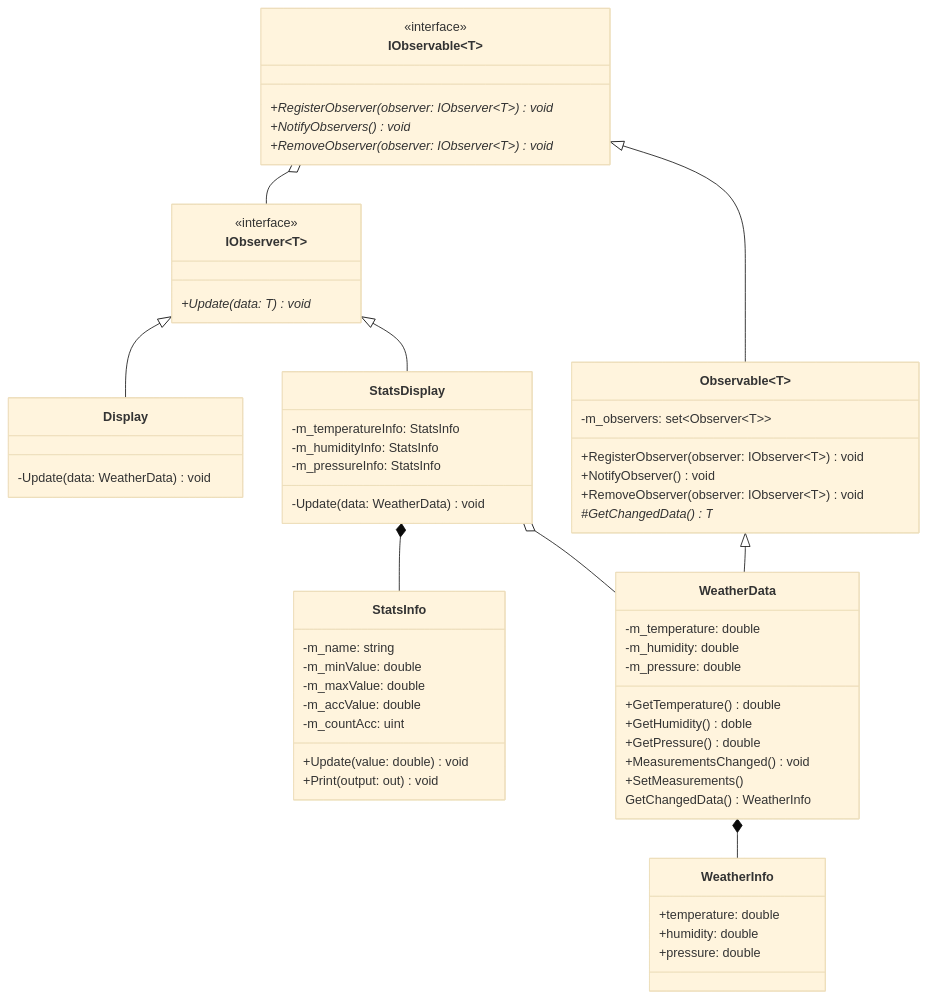
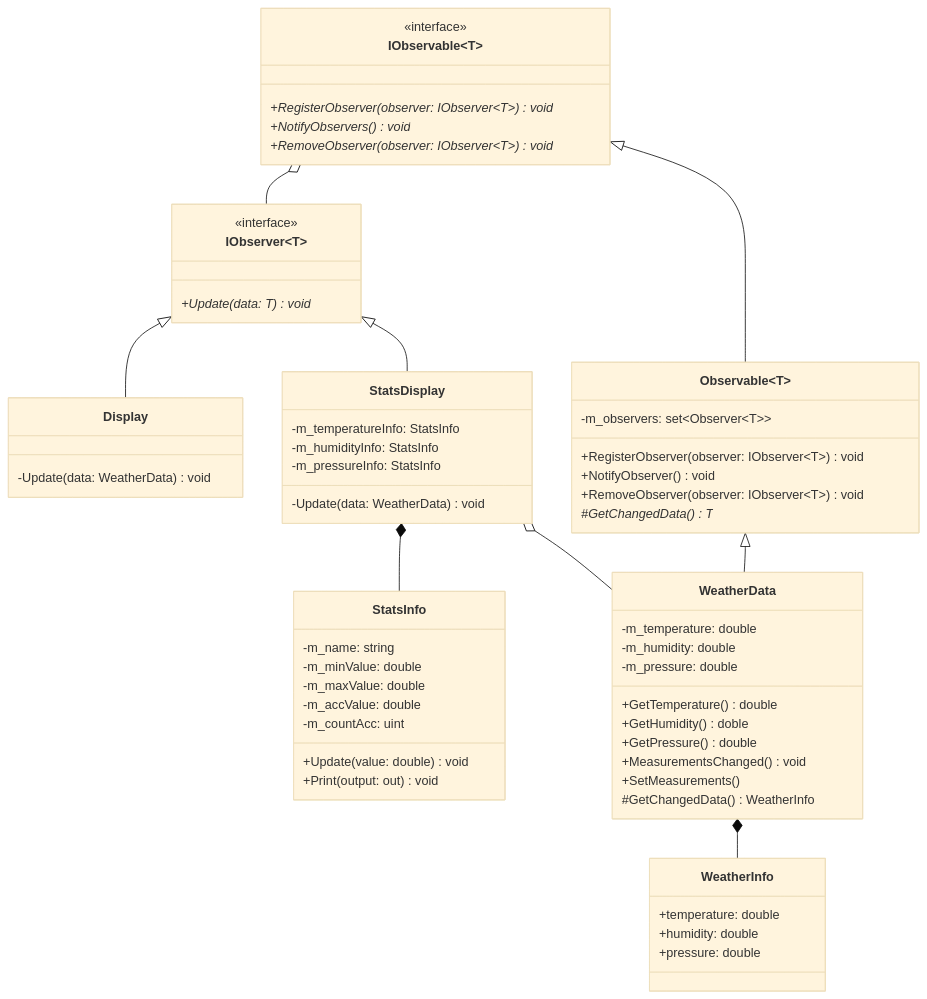
Before and after one commit to alozhka/ood: the diagram in lw2/WeatherStation/diagram.md, drawn with Mermaid (base theme). The commit also changed 3 other files, not shown here.

````diff
--- a/lw2/WeatherStation/diagram.md
+++ b/lw2/WeatherStation/diagram.md
@@ -3,63 +3,63 @@
 ```mermaid
 classDiagram
     class IObserver~T~ {
         <<interface>>
         +Update(data: T) void*
     }
     class IObservable~T~ {
         <<interface>>
         +RegisterObserver(observer: IObserver~T~) void*
         +NotifyObservers() void*
         +RemoveObserver(observer: IObserver~T~) void*
     }
     class Observable~T~ {
         -m_observers: set~Observer~T~~
         +RegisterObserver(observer: IObserver~T~) void
         +NotifyObserver() void
         +RemoveObserver(observer: IObserver~T~) void
         #GetChangedData() T*
     }
     class StatsDisplay {
         -m_temperatureInfo: StatsInfo
         -m_humidityInfo: StatsInfo
         -m_pressureInfo: StatsInfo
         -Update(data: WeatherData) void
     }
     class Display {
         -Update(data: WeatherData) void
     }
     class StatsInfo {
         -m_name: string
         -m_minValue: double
         -m_maxValue: double
         -m_accValue: double
         -m_countAcc: uint
         +Update(value: double) void
         +Print(output: out) void
     }
     class WeatherInfo {
         +temperature: double
         +humidity: double
         +pressure: double
     }
     class WeatherData {
         -m_temperature: double
         -m_humidity: double
         -m_pressure: double
         +GetTemperature() double
         +GetHumidity() doble
         +GetPressure() double
         +MeasurementsChanged() void
         +SetMeasurements()
-        GetChangedData() WeatherInfo
+        #GetChangedData() WeatherInfo
     }
 
     IObservable o-- IObserver
     IObserver <|-- Display
     IObserver <|-- StatsDisplay
     IObservable <|-- Observable
     StatsDisplay *-- StatsInfo
     WeatherData *-- WeatherInfo
     StatsDisplay o-- WeatherData
     Observable <|-- WeatherData
 ```
````
